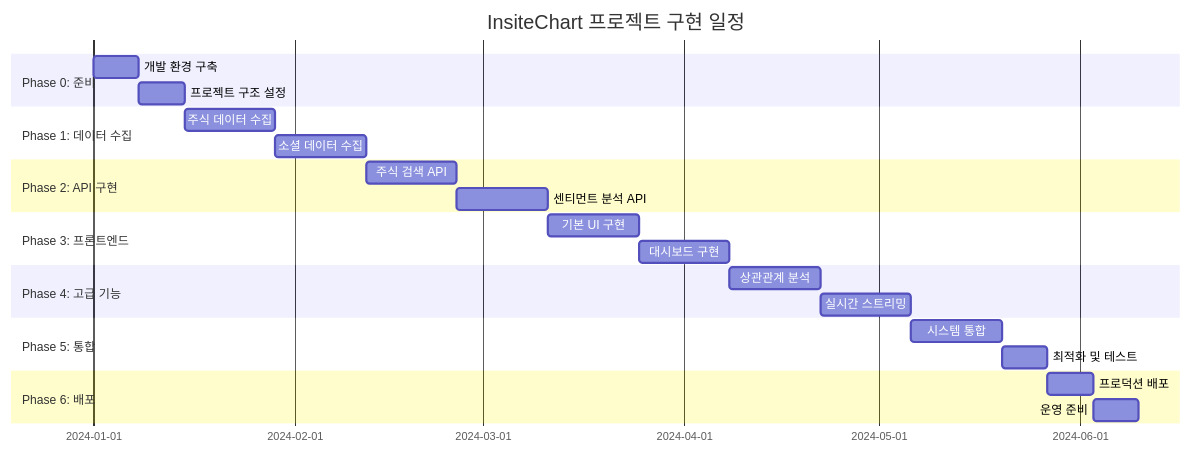
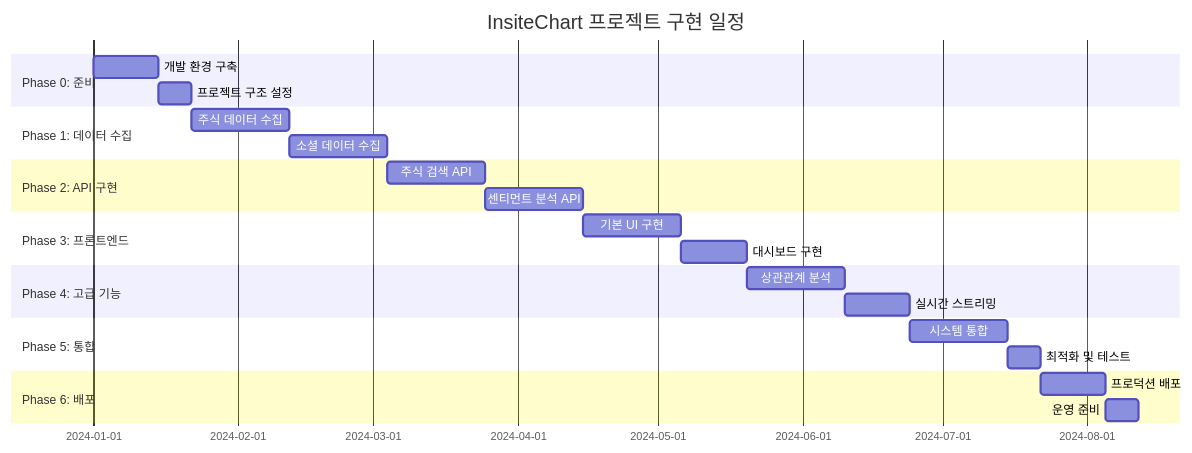
The diagram in docs/spec/17-final-implementation-roadmap.md (ftfuture/InsiteChart), drawn with Mermaid before and after one commit. The commit also changed other lines of this file and 316 other files, not shown here.

````diff
--- a/docs/spec/17-final-implementation-roadmap.md
+++ b/docs/spec/17-final-implementation-roadmap.md
@@ -242,32 +244,32 @@
 ```mermaid
 gantt
     title InsiteChart 프로젝트 구현 일정
     dateFormat  YYYY-MM-DD
     section Phase 0: 준비
-    개발 환경 구축           :p0-1, 2024-01-01, 1w
+    개발 환경 구축           :p0-1, 2024-01-01, 2w
     프로젝트 구조 설정        :p0-2, after p0-1, 1w
     
     section Phase 1: 데이터 수집
-    주식 데이터 수집          :p1-1, after p0-2, 2w
-    소셜 데이터 수집          :p1-2, after p1-1, 2w
+    주식 데이터 수집          :p1-1, after p0-2, 3w
+    소셜 데이터 수집          :p1-2, after p1-1, 3w
     
     section Phase 2: API 구현
-    주식 검색 API             :p2-1, after p1-2, 2w
-    센티먼트 분석 API         :p2-2, after p2-1, 2w
+    주식 검색 API             :p2-1, after p1-2, 3w
+    센티먼트 분석 API         :p2-2, after p2-1, 3w
     
     section Phase 3: 프론트엔드
-    기본 UI 구현              :p3-1, after p2-2, 2w
+    기본 UI 구현              :p3-1, after p2-2, 3w
     대시보드 구현             :p3-2, after p3-1, 2w
     
     section Phase 4: 고급 기능
-    상관관계 분석             :p4-1, after p3-2, 2w
+    상관관계 분석             :p4-1, after p3-2, 3w
     실시간 스트리밍           :p4-2, after p4-1, 2w
     
     section Phase 5: 통합
-    시스템 통합               :p5-1, after p4-2, 2w
+    시스템 통합               :p5-1, after p4-2, 3w
     최적화 및 테스트          :p5-2, after p5-1, 1w
     
     section Phase 6: 배포
-    프로덕션 배포             :p6-1, after p5-2, 1w
+    프로덕션 배포             :p6-1, after p5-2, 2w
     운영 준비                 :p6-2, after p6-1, 1w
 ```
````
